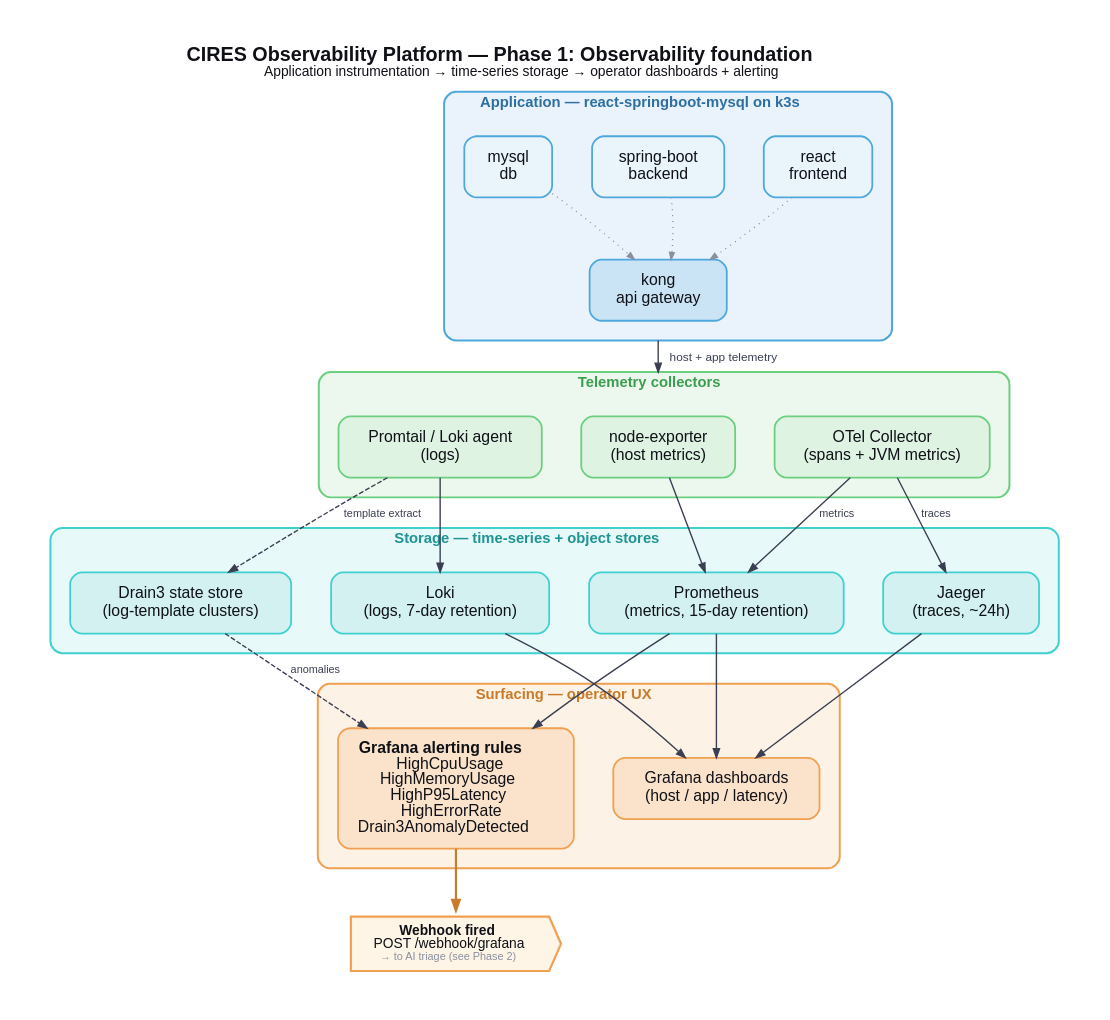
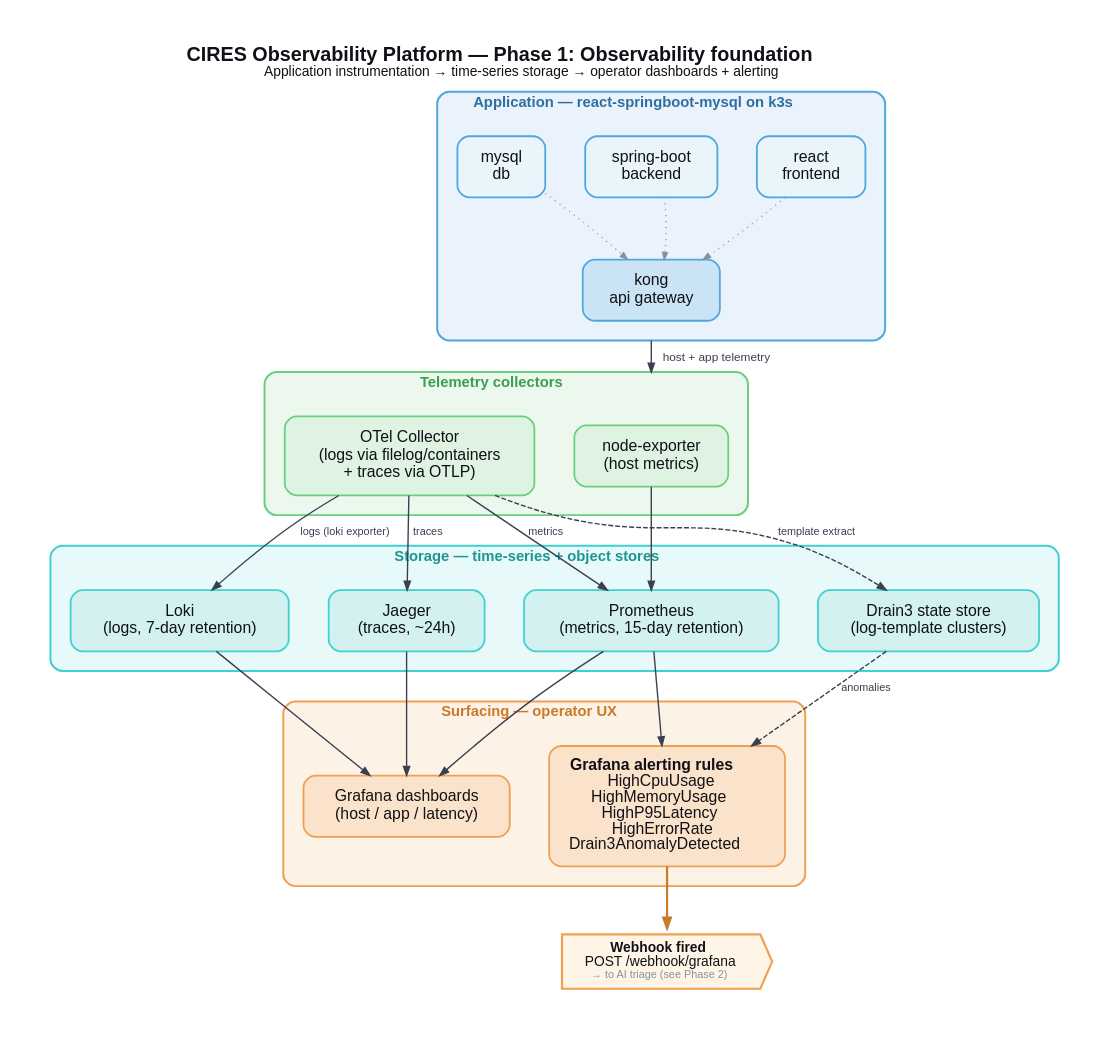
One commit to linalaaraich/monitoring-docs changed the diagram in architecture-phase1-observability.dot. Above: the diagram before and after it, drawn with Graphviz. The commit also changed 10 other files, not shown here.

First line of the commit message:
scrub: Promtail → OTel Collector across docs + diagrams + FYP (current-state)

```diff
--- a/architecture-phase1-observability.dot
+++ b/architecture-phase1-observability.dot
@@ -1,164 +1,162 @@
 digraph Phase1Observability {
     // === Graph-level styling ===
     rankdir=TB;
     bgcolor="#ffffff";
     fontname="Helvetica";
     fontsize=20;
     labelloc="t";
     label=<<B>CIRES Observability Platform &mdash; Phase 1: Observability foundation</B><BR/><FONT POINT-SIZE="14">Application instrumentation &rarr; time-series storage &rarr; operator dashboards + alerting</FONT>>;
     fontcolor="#0f1117";
     pad=0.5;
     nodesep=0.55;
     ranksep=0.85;
     splines=spline;
     compound=true;
 
     // === Defaults ===
     node [shape=box, style="rounded,filled", penwidth=1.8,
           fontname="Helvetica", fontsize=16, fontcolor="#0f1117",
           color="#3a3f52", margin="0.28,0.18"];
     edge [color="#3a3f52", penwidth=1.4, fontname="Helvetica",
           fontsize=12, fontcolor="#3a3f52", arrowsize=0.9];
 
     // ===========================================================
     // CLUSTER 1 — APPLICATION (blue)
     // ===========================================================
     subgraph cluster_app {
         label=<<B>Application &mdash; react-springboot-mysql on k3s</B>>;
         labeljust="c";
         labelloc="t";
         fontsize=15;
         fontcolor="#2d6fa0";
         style="rounded,filled";
         fillcolor="#eaf3fb";
         color="#4ea8de";
         penwidth=2;
         margin=20;
 
         kong [label="kong\napi gateway",
               fillcolor="#cbe4f5", color="#4ea8de"];
 
         app_react   [label="react\nfrontend",     fillcolor="#e9f4fb", color="#4ea8de"];
         app_spring  [label="spring-boot\nbackend", fillcolor="#e9f4fb", color="#4ea8de"];
         app_mysql   [label="mysql\ndb",           fillcolor="#e9f4fb", color="#4ea8de"];
 
         // Keep app tier on one row, kong below as the network layer
         { rank=same; app_react; app_spring; app_mysql; }
 
         app_react  -> kong [style=invis];
         app_spring -> kong [style=invis];
         app_mysql  -> kong [style=invis];
     }
 
     // ===========================================================
     // CLUSTER 2 — TELEMETRY COLLECTORS (green)
     // ===========================================================
     subgraph cluster_collect {
         label=<<B>Telemetry collectors</B>>;
         labeljust="c";
         labelloc="t";
         fontsize=15;
         fontcolor="#3b9e4f";
         style="rounded,filled";
         fillcolor="#ecf8ee";
         color="#6bcf7f";
         penwidth=2;
         margin=20;
 
         col_node   [label="node-exporter\n(host metrics)",
                     fillcolor="#dff3e3", color="#6bcf7f"];
-        col_otel   [label="OTel Collector\n(spans + JVM metrics)",
-                    fillcolor="#dff3e3", color="#6bcf7f"];
-        col_loki   [label="Promtail / Loki agent\n(logs)",
+        col_otel   [label="OTel Collector\n(logs via filelog/containers\n+ traces via OTLP)",
                     fillcolor="#dff3e3", color="#6bcf7f"];
 
-        { rank=same; col_node; col_otel; col_loki; }
+        { rank=same; col_node; col_otel; }
     }
 
     // ===========================================================
     // CLUSTER 3 — STORAGE (cyan)
     // ===========================================================
     subgraph cluster_storage {
         label=<<B>Storage &mdash; time-series + object stores</B>>;
         labeljust="c";
         labelloc="t";
         fontsize=15;
         fontcolor="#1f9494";
         style="rounded,filled";
         fillcolor="#e8f9f9";
         color="#40d0d0";
         penwidth=2;
         margin=20;
 
         st_prom   [label="Prometheus\n(metrics, 15-day retention)",
                    fillcolor="#d3f1f1", color="#40d0d0"];
         st_loki   [label="Loki\n(logs, 7-day retention)",
                    fillcolor="#d3f1f1", color="#40d0d0"];
         st_jaeger [label="Jaeger\n(traces, ~24h)",
                    fillcolor="#d3f1f1", color="#40d0d0"];
         st_drain  [label="Drain3 state store\n(log-template clusters)",
                    fillcolor="#d3f1f1", color="#40d0d0"];
 
         { rank=same; st_prom; st_loki; st_jaeger; st_drain; }
     }
 
     // ===========================================================
     // CLUSTER 4 — SURFACING / OPERATOR UX (orange)
     // ===========================================================
     subgraph cluster_surface {
         label=<<B>Surfacing &mdash; operator UX</B>>;
         labeljust="c";
         labelloc="t";
         fontsize=15;
         fontcolor="#c97a2a";
         style="rounded,filled";
         fillcolor="#fdf2e6";
         color="#f0a050";
         penwidth=2;
         margin=20;
 
         graf_dash [label="Grafana dashboards\n(host / app / latency)",
                    fillcolor="#fbe3cb", color="#f0a050"];
         graf_alerts [label=<<B>Grafana alerting rules</B><BR/>HighCpuUsage<BR/>HighMemoryUsage<BR/>HighP95Latency<BR/>HighErrorRate<BR/>Drain3AnomalyDetected>,
                      fillcolor="#fbe3cb", color="#f0a050"];
 
         { rank=same; graf_dash; graf_alerts; }
     }
 
     // ===========================================================
     // OUTPUT EDGE — webhook fired off the diagram
     // ===========================================================
     webhook_out [label=<<B>Webhook fired</B><BR/>POST /webhook/grafana<BR/><FONT POINT-SIZE="11" COLOR="#8890a0">&rarr; to AI triage (see Phase 2)</FONT>>,
                  shape=cds, fillcolor="#fff5e6", color="#f0a050", penwidth=2.2,
                  fontsize=14, margin="0.32,0.20"];
 
     // ===========================================================
     // EDGES
     // ===========================================================
 
     // App -> kong (network)
     app_react  -> kong [constraint=false, style=dotted, color="#8890a0", arrowsize=0.7];
     app_spring -> kong [constraint=false, style=dotted, color="#8890a0", arrowsize=0.7];
     app_mysql  -> kong [constraint=false, style=dotted, color="#8890a0", arrowsize=0.7];
 
     // App cluster -> collectors (use anchor edges)
     kong       -> col_node   [ltail=cluster_app, lhead=cluster_collect,
                                label=" host + app telemetry", fontsize=12];
 
     // Collectors -> Storage (one edge each, primary path)
     col_node -> st_prom;
     col_otel -> st_prom    [label=" metrics", fontsize=11];
     col_otel -> st_jaeger  [label=" traces",  fontsize=11];
-    col_loki -> st_loki;
-    col_loki -> st_drain   [label=" template extract", fontsize=11, style=dashed];
+    col_otel -> st_loki    [label=" logs (loki exporter)", fontsize=11];
+    col_otel -> st_drain   [label=" template extract", fontsize=11, style=dashed];
 
     // Storage -> Grafana surfacing
     st_prom   -> graf_dash;
     st_loki   -> graf_dash;
     st_jaeger -> graf_dash;
     st_drain  -> graf_alerts [style=dashed, label=" anomalies", fontsize=11];
     st_prom   -> graf_alerts;
 
     // Alerts -> webhook out
     graf_alerts -> webhook_out [penwidth=2.2, color="#c97a2a", arrowsize=1.1];
 }
```
